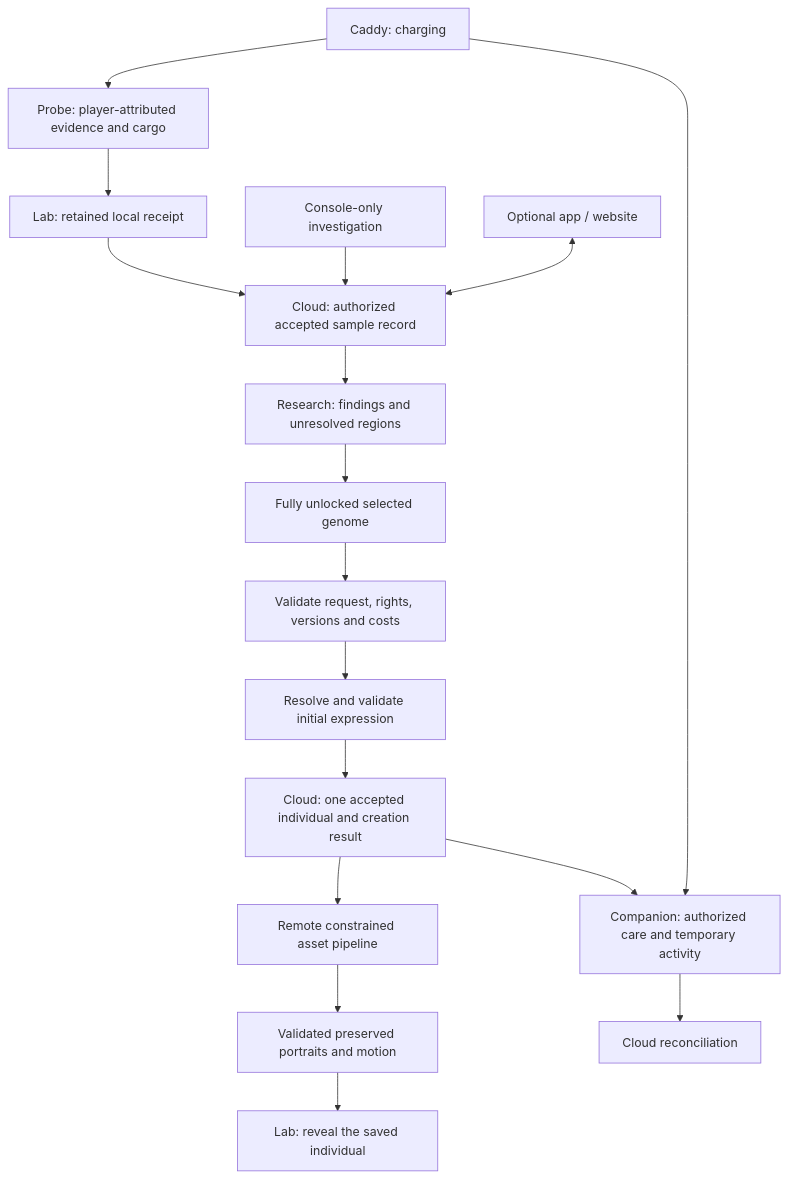
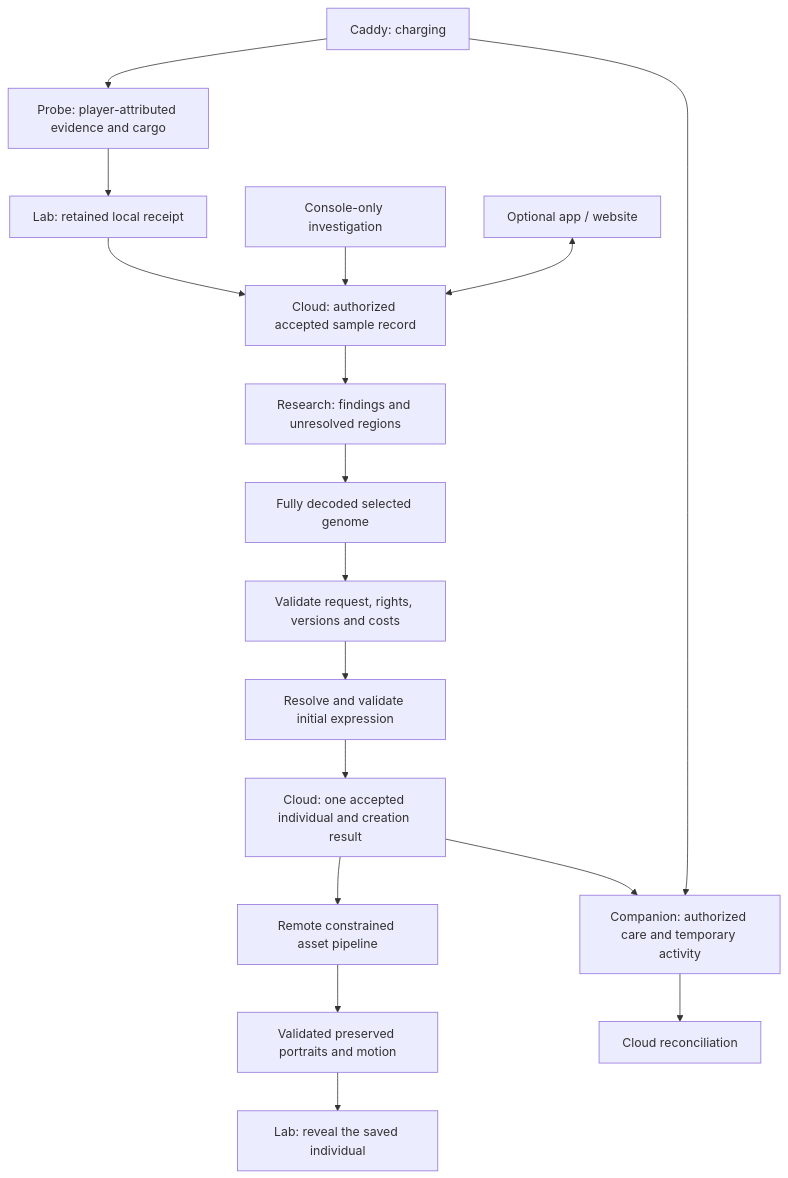
Before and after one commit to PacoCotera/critter-lab: the diagram in specs/sample-to-critter-contract.md, drawn with Mermaid. The commit also changed other lines of this file and 31 other files, not shown here.

````diff
--- a/specs/sample-to-critter-contract.md
+++ b/specs/sample-to-critter-contract.md
@@ -11,19 +13,19 @@
 ```mermaid
 flowchart TD
   Probe[Probe: player-attributed evidence and cargo] --> Local[Lab: retained local receipt]
   Local --> Cloud[Cloud: authorized accepted sample record]
   Console[Console-only investigation] --> Cloud
   Cloud --> Knowledge[Research: findings and unresolved regions]
-  Knowledge --> Selected[Fully unlocked selected genome]
+  Knowledge --> Selected[Fully decoded selected genome]
   Selected --> Validate[Validate request, rights, versions and costs]
   Validate --> Expression[Resolve and validate initial expression]
   Expression --> Individual[Cloud: one accepted individual and creation result]
   Individual --> Generation[Remote constrained asset pipeline]
   Generation --> Assets[Validated preserved portraits and motion]
   Assets --> Lab[Lab: reveal the saved individual]
   Individual --> Companion[Companion: authorized care and temporary activity]
   Companion --> Sync[Cloud reconciliation]
   App[Optional app / website] <--> Cloud
   Caddy[Caddy: charging] --> Probe
   Caddy --> Companion
 ```
````
